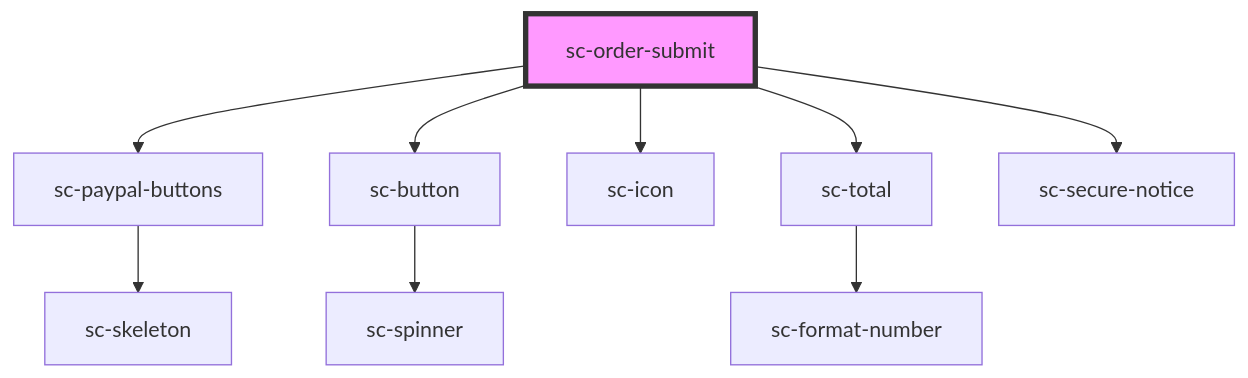
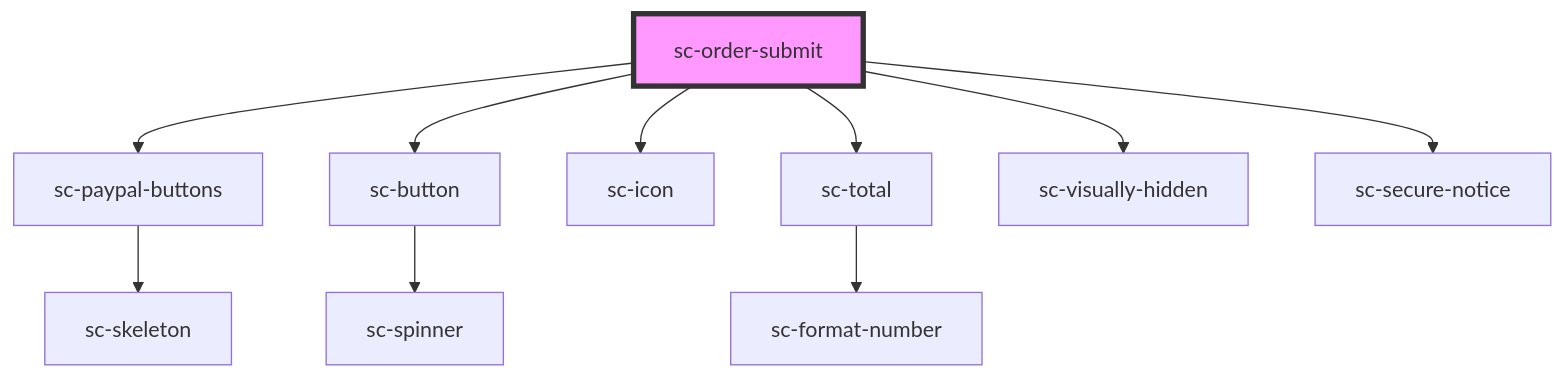
Before and after one commit to surecart/surecart-wp-plugin: the diagram in packages/components/src/components/controllers/checkout-form/order-submit/readme.md, drawn with Mermaid. The commit also changed other lines of this file and 98 other files, not shown here.

````diff
--- a/packages/components/src/components/controllers/checkout-form/order-submit/readme.md
+++ b/packages/components/src/components/controllers/checkout-form/order-submit/readme.md
@@ -38,12 +39,13 @@
 ```mermaid
 graph TD;
   sc-order-submit --> sc-paypal-buttons
   sc-order-submit --> sc-button
   sc-order-submit --> sc-icon
   sc-order-submit --> sc-total
+  sc-order-submit --> sc-visually-hidden
   sc-order-submit --> sc-secure-notice
   sc-paypal-buttons --> sc-skeleton
   sc-button --> sc-spinner
   sc-total --> sc-format-number
   style sc-order-submit fill:#f9f,stroke:#333,stroke-width:4px
 ```
````
